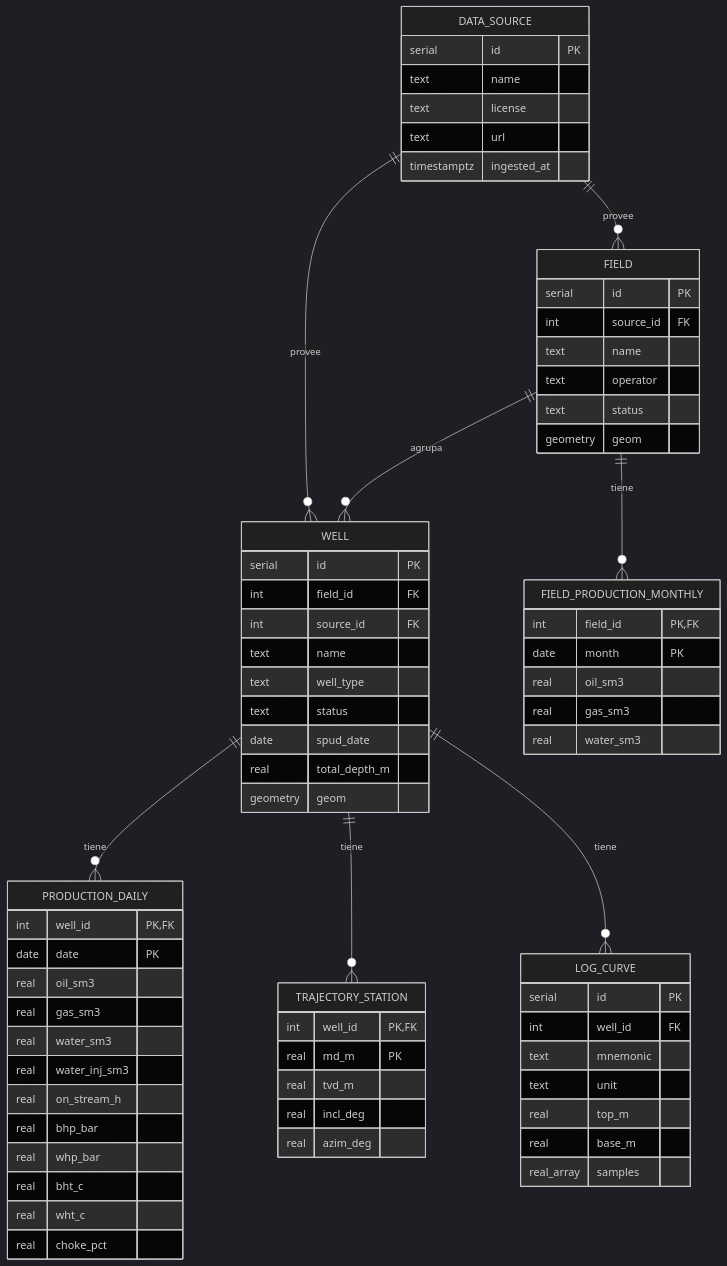
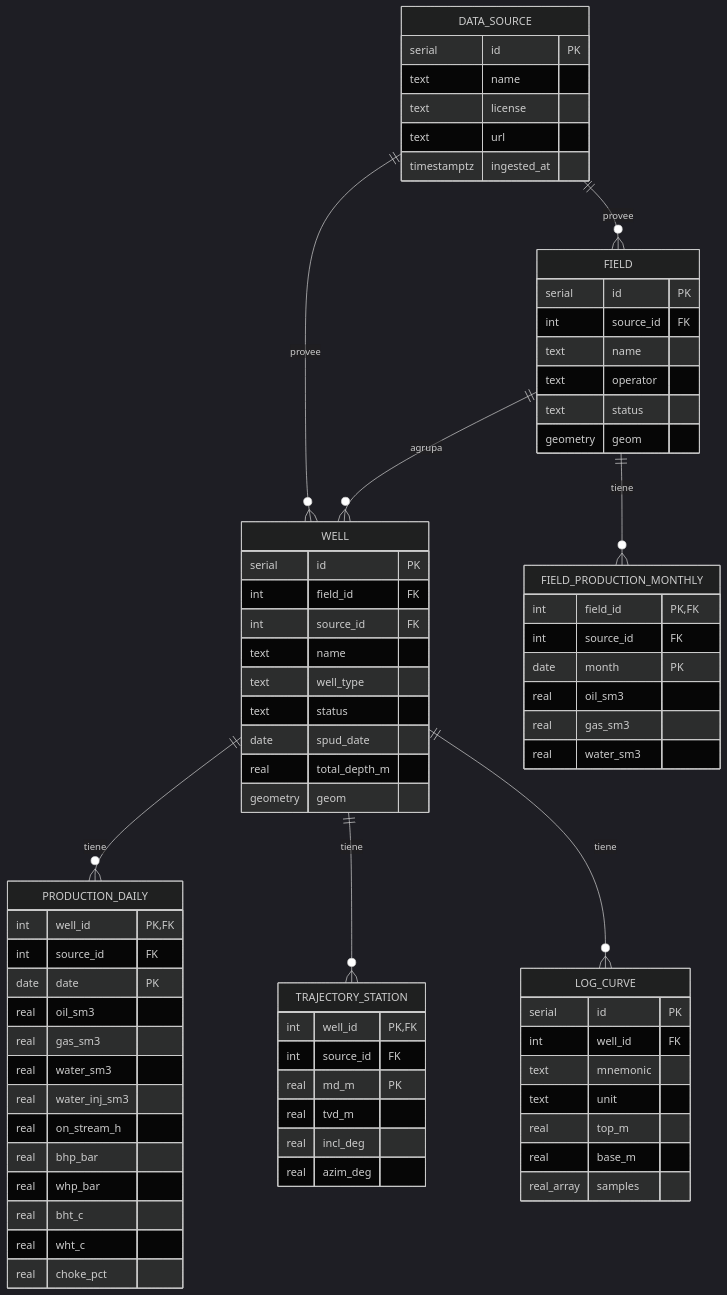
Before and after one commit to SuricatoAviones/petro-atlas: the diagram in docs/05-base-de-datos.md, drawn with Mermaid (dark theme). The commit also changed other lines of this file and 5 other files, not shown here.

````diff
--- a/docs/05-base-de-datos.md
+++ b/docs/05-base-de-datos.md
@@ -5,74 +5,77 @@
 ```mermaid
 erDiagram
   DATA_SOURCE ||--o{ FIELD : provee
   DATA_SOURCE ||--o{ WELL : provee
   FIELD ||--o{ WELL : agrupa
   FIELD ||--o{ FIELD_PRODUCTION_MONTHLY : tiene
   WELL ||--o{ PRODUCTION_DAILY : tiene
   WELL ||--o{ TRAJECTORY_STATION : tiene
   WELL ||--o{ LOG_CURVE : tiene
 
   DATA_SOURCE {
     serial id PK
     text name
     text license
     text url
     timestamptz ingested_at
   }
   FIELD {
     serial id PK
     int source_id FK
     text name
     text operator
     text status
     geometry geom
   }
   WELL {
     serial id PK
     int field_id FK
     int source_id FK
     text name
     text well_type
     text status
     date spud_date
     real total_depth_m
     geometry geom
   }
   PRODUCTION_DAILY {
     int well_id PK, FK
+    int source_id FK
     date date PK
     real oil_sm3
     real gas_sm3
     real water_sm3
     real water_inj_sm3
     real on_stream_h
     real bhp_bar
     real whp_bar
     real bht_c
     real wht_c
     real choke_pct
   }
   FIELD_PRODUCTION_MONTHLY {
     int field_id PK, FK
+    int source_id FK
     date month PK
     real oil_sm3
     real gas_sm3
     real water_sm3
   }
   TRAJECTORY_STATION {
     int well_id PK, FK
+    int source_id FK
     real md_m PK
     real tvd_m
     real incl_deg
     real azim_deg
   }
   LOG_CURVE {
     serial id PK
     int well_id FK
     text mnemonic
     text unit
     real top_m
     real base_m
     real_array samples
   }
 ```
````
